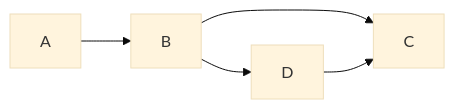
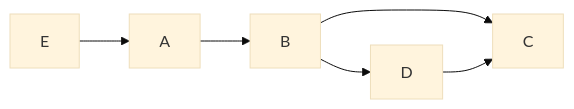
One commit to icck/mermaid-draw changed the first of 7 diagrams in test/sample.md. Above: the diagram before and after it, drawn with Mermaid (base theme). The commit also changed other lines of this file, not shown here.

Commit message:
test: サンプルにラベル付きエッジ・複雑なフロー・シーケンス図を追加

````diff
--- a/test/sample.md
+++ b/test/sample.md
@@ -5,6 +5,7 @@
 ```mermaid
 graph LR
 A --> B --> C
 B --> D
 D --> C
+E --> A
 ```
````
